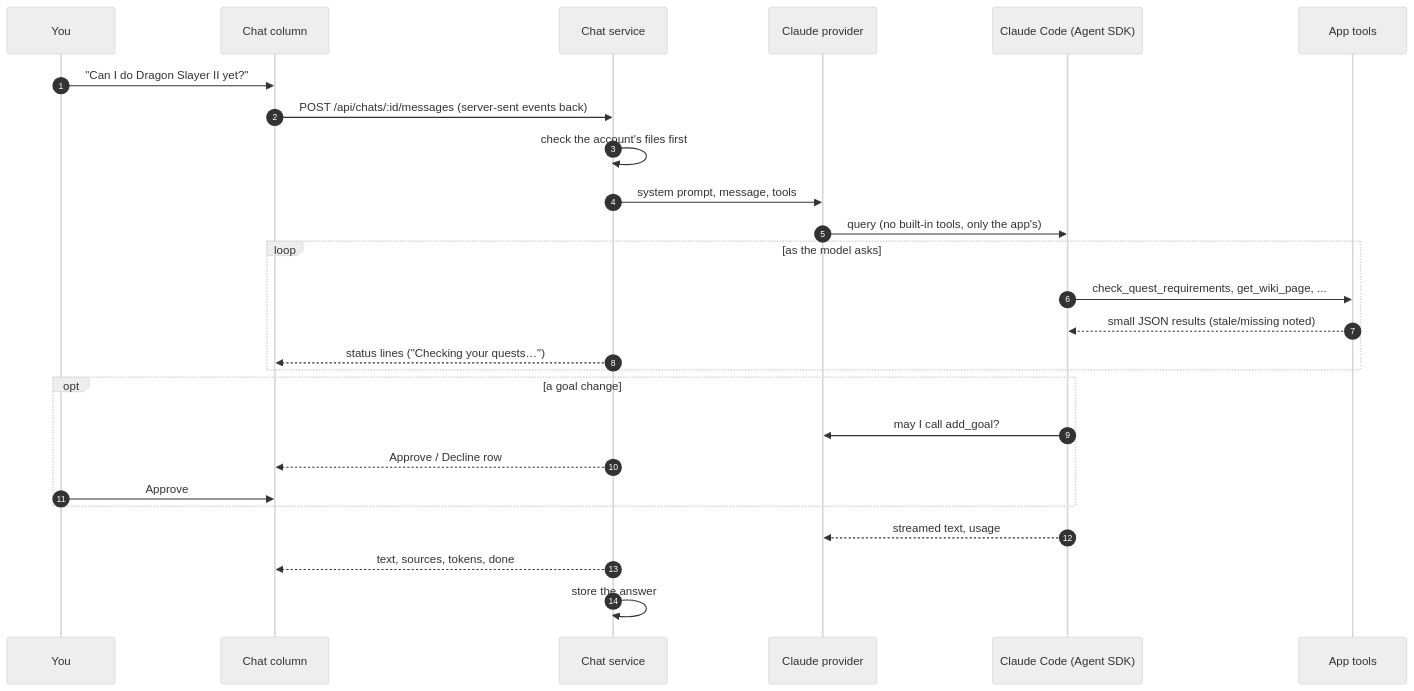
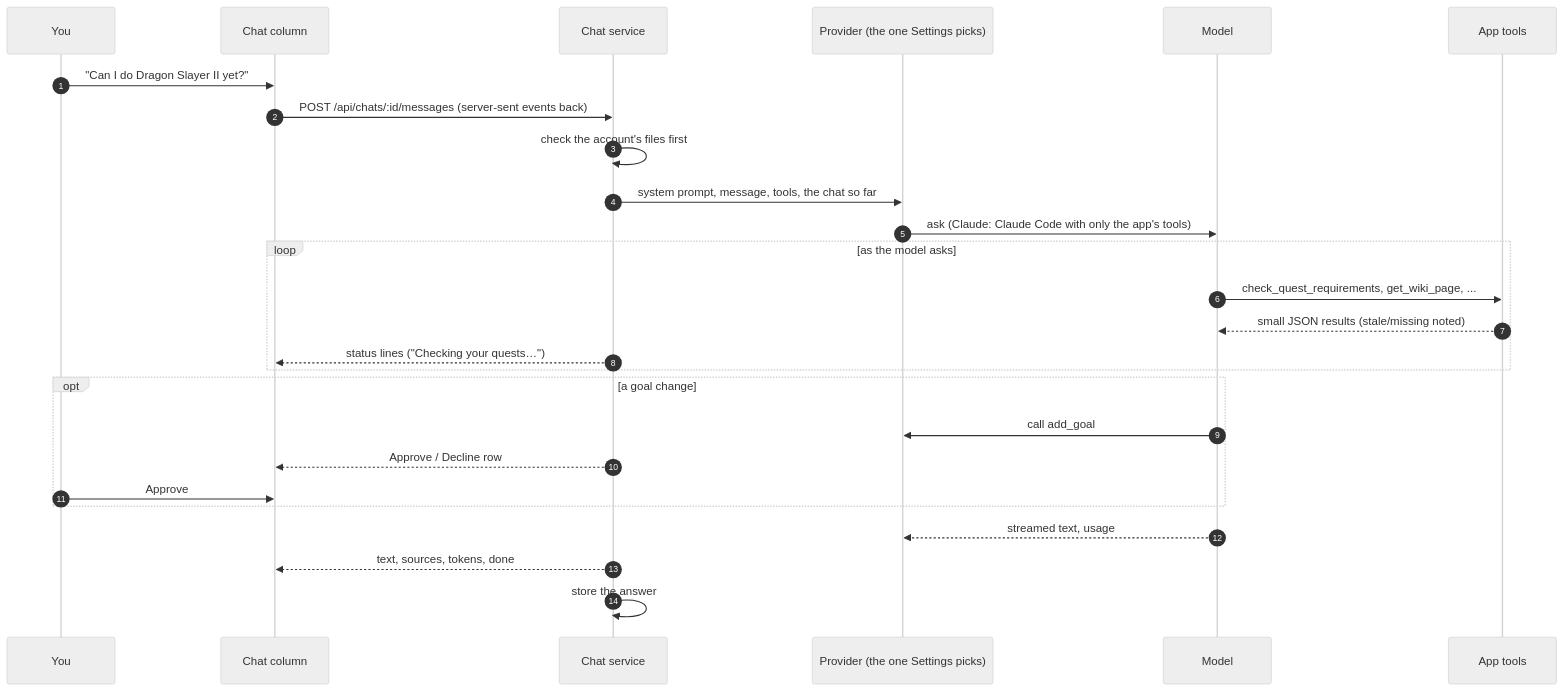
One commit to Goff-Davis/wise-old-model changed the fifth of 5 diagrams in ARCHITECTURE.md. Above: the diagram before and after it, drawn with Mermaid (neutral theme). The commit also changed other lines of this file and 56 other files, not shown here.

First line of the commit message:
Let the chat use OpenAI-compatible models and Gemini as well as Claude

````diff
--- a/ARCHITECTURE.md
+++ b/ARCHITECTURE.md
@@ -141,28 +145,28 @@
 ```mermaid
 sequenceDiagram
   autonumber
   participant U as You
   participant C as Chat column
   participant S as Chat service
-  participant P as Claude provider
-  participant CC as Claude Code (Agent SDK)
+  participant P as Provider (the one Settings picks)
+  participant M as Model
   participant T as App tools
   U->>C: "Can I do Dragon Slayer II yet?"
   C->>S: POST /api/chats/:id/messages (server-sent events back)
   S->>S: check the account's files first
-  S->>P: system prompt, message, tools
-  P->>CC: query (no built-in tools, only the app's)
+  S->>P: system prompt, message, tools, the chat so far
+  P->>M: ask (Claude: Claude Code with only the app's tools)
   loop as the model asks
-    CC->>T: check_quest_requirements, get_wiki_page, ...
-    T-->>CC: small JSON results (stale/missing noted)
+    M->>T: check_quest_requirements, get_wiki_page, ...
+    T-->>M: small JSON results (stale/missing noted)
     S-->>C: status lines ("Checking your quests…")
   end
   opt a goal change
-    CC->>P: may I call add_goal?
+    M->>P: call add_goal
     S-->>C: Approve / Decline row
     U->>C: Approve
   end
-  CC-->>P: streamed text, usage
+  M-->>P: streamed text, usage
   S-->>C: text, sources, tokens, done
   S->>S: store the answer
 ```
````
